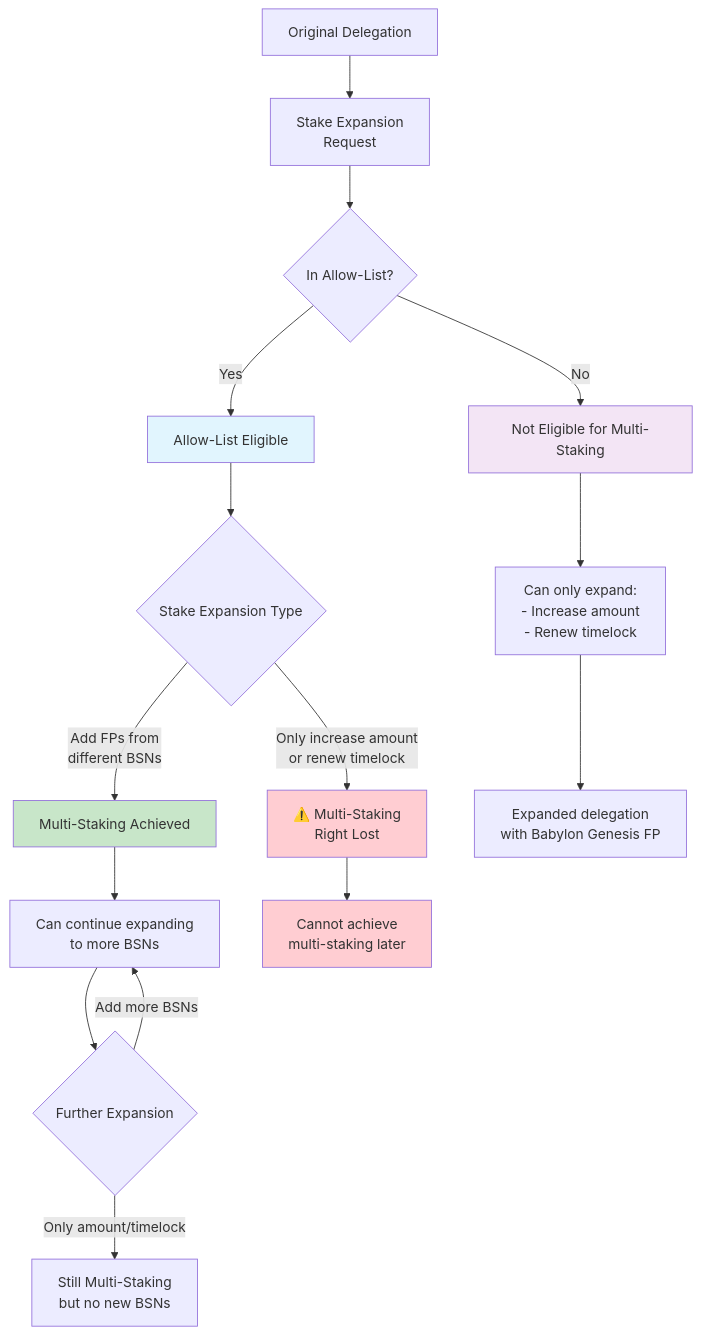
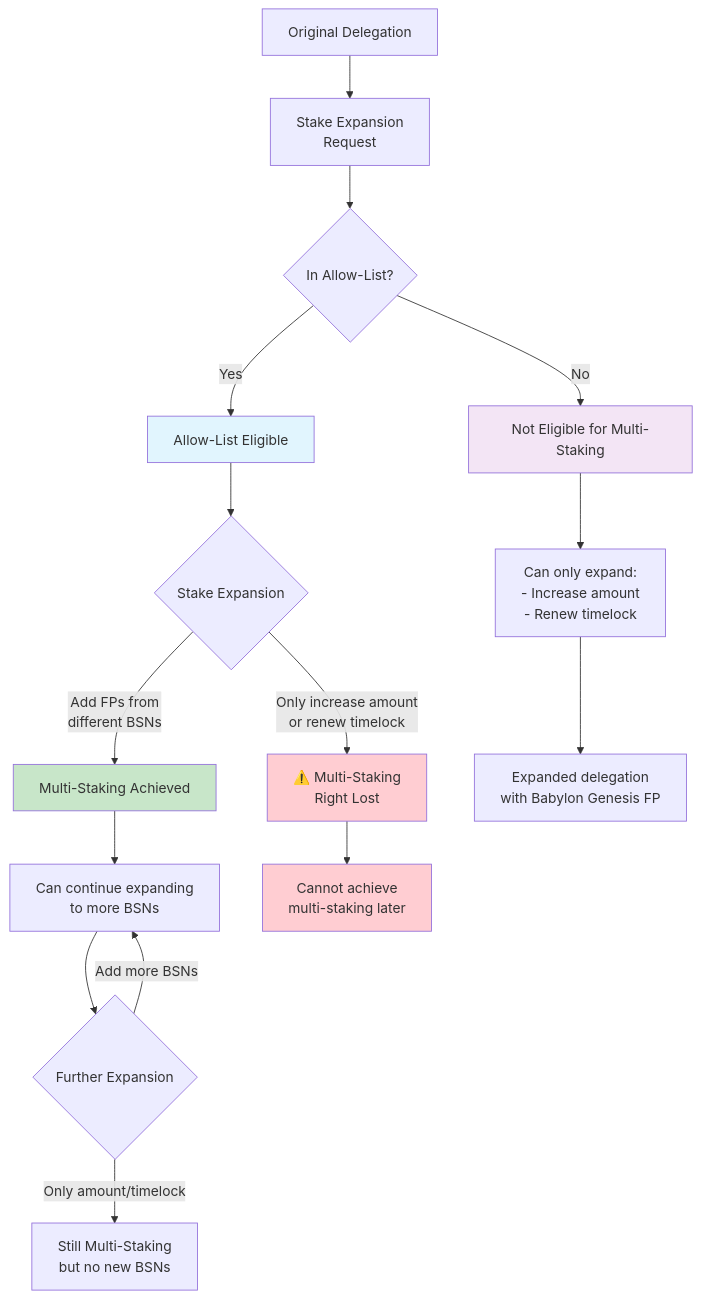
One commit to babylonlabs-io/babylon changed the diagram in x/btcstaking/docs/multi-staking-allow-list.md. Above: the diagram before and after it, drawn with Mermaid. The commit also changed 7 other files, not shown here.

````diff
--- a/x/btcstaking/docs/multi-staking-allow-list.md
+++ b/x/btcstaking/docs/multi-staking-allow-list.md
@@ -69,30 +69,30 @@
 ```mermaid
 flowchart TD
     A[Original Delegation] --> B[Stake Expansion<br/>Request]
 
     B --> C{In Allow-List?}
 
     C -->|Yes| D[Allow-List Eligible]
     C -->|No| E[Not Eligible for Multi-Staking]
 
-    D --> F{Stake Expansion Type}
+    D --> F{Stake Expansion}
     E --> G[Can only expand:<br/>- Increase amount<br/>- Renew timelock]
 
     F -->|Add FPs from<br/>different BSNs| H[Multi-Staking Achieved]
     F -->|Only increase amount<br/>or renew timelock| I[⚠️ Multi-Staking<br/>Right Lost]
 
     H --> J[Can continue expanding<br/>to more BSNs]
     I --> K[Cannot achieve<br/>multi-staking later]
 
     J --> L{Further Expansion}
     L -->|Add more BSNs| J
     L -->|Only amount/timelock| M[Still Multi-Staking<br/>but no new BSNs]
 
     G --> N[Expanded delegation<br/>with Babylon Genesis FP]
 
     style D fill:#e1f5fe
     style H fill:#c8e6c9
     style I fill:#ffcdd2
     style K fill:#ffcdd2
     style E fill:#f3e5f5
 ```
````
